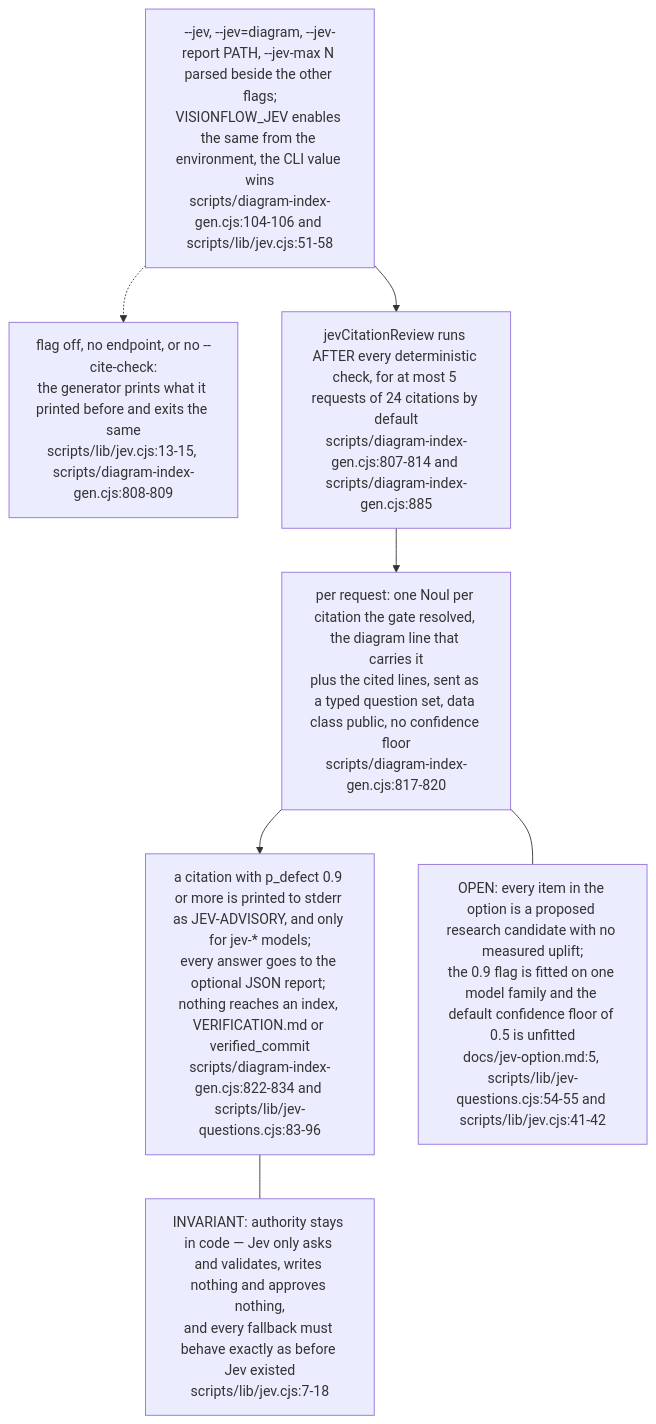
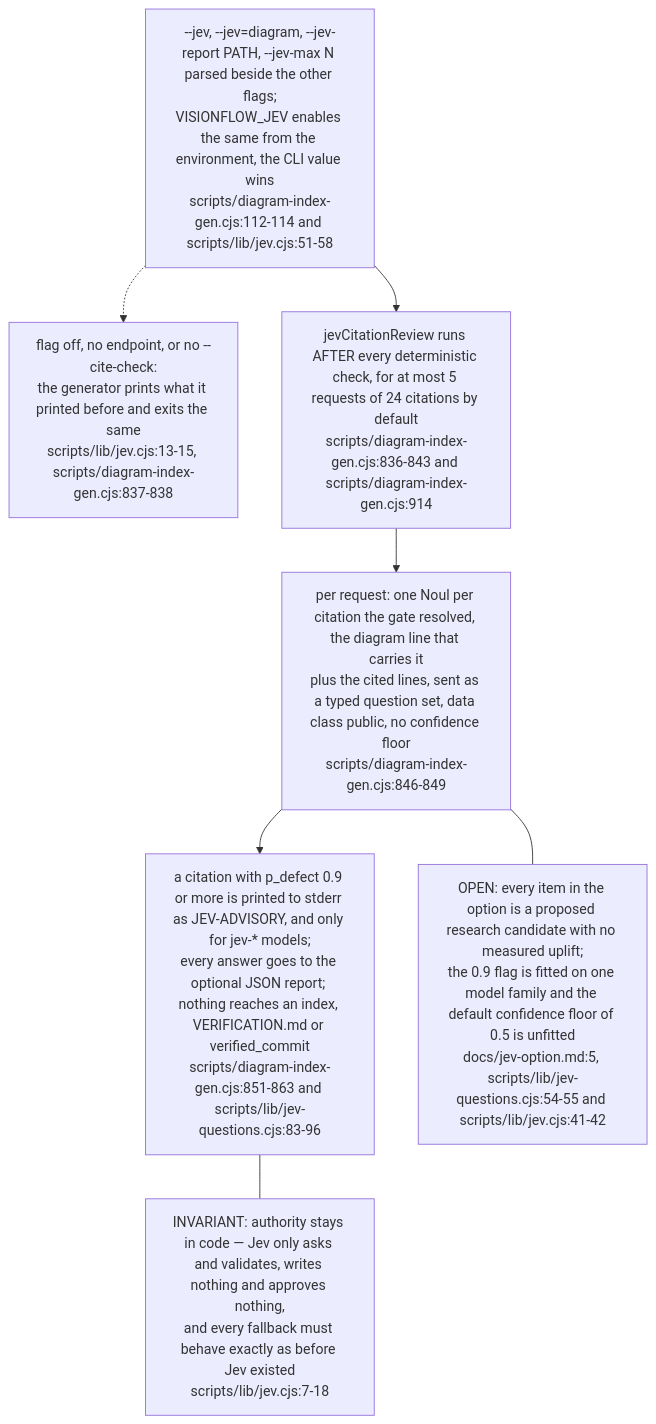
One commit to DreamLab-AI/VisionFlow changed diagram 15 of 15 in docs/diagrams/visionflow/06-diagram-tooling.md. Above: the diagram before and after it, drawn with Mermaid. The commit also changed other lines of this file and 49 other files, not shown here.

First line of the commit message:
docs(diagrams): re-derive and re-stamp VisionClaw, estate, knowledge-graph, visionGraph, VisionFlow and sidestr topics

````diff
--- a/docs/diagrams/visionflow/06-diagram-tooling.md
+++ b/docs/diagrams/visionflow/06-diagram-tooling.md
@@ -496,14 +496,14 @@
 ```mermaid
 flowchart TB
-    FLAG["--jev, --jev=diagram, --jev-report PATH, --jev-max N parsed beside the other flags;<br/>VISIONFLOW_JEV enables the same from the environment, the CLI value wins<br/>scripts/diagram-index-gen.cjs:104-106 and scripts/lib/jev.cjs:51-58"]
-    OFF["flag off, no endpoint, or no --cite-check:<br/>the generator prints what it printed before and exits the same<br/>scripts/lib/jev.cjs:13-15, scripts/diagram-index-gen.cjs:808-809"]
-    RUN["jevCitationReview runs AFTER every deterministic check, for at most 5 requests of 24 citations by default<br/>scripts/diagram-index-gen.cjs:807-814 and scripts/diagram-index-gen.cjs:885"]
-    ASK["per request: one Noul per citation the gate resolved, the diagram line that carries it<br/>plus the cited lines, sent as a typed question set, data class public, no confidence floor<br/>scripts/diagram-index-gen.cjs:817-820"]
-    OUT["a citation with p_defect 0.9 or more is printed to stderr as JEV-ADVISORY, and only for jev-* models;<br/>every answer goes to the optional JSON report; nothing reaches an index, VERIFICATION.md or verified_commit<br/>scripts/diagram-index-gen.cjs:822-834 and scripts/lib/jev-questions.cjs:83-96"]
+    FLAG["--jev, --jev=diagram, --jev-report PATH, --jev-max N parsed beside the other flags;<br/>VISIONFLOW_JEV enables the same from the environment, the CLI value wins<br/>scripts/diagram-index-gen.cjs:112-114 and scripts/lib/jev.cjs:51-58"]
+    OFF["flag off, no endpoint, or no --cite-check:<br/>the generator prints what it printed before and exits the same<br/>scripts/lib/jev.cjs:13-15, scripts/diagram-index-gen.cjs:837-838"]
+    RUN["jevCitationReview runs AFTER every deterministic check, for at most 5 requests of 24 citations by default<br/>scripts/diagram-index-gen.cjs:836-843 and scripts/diagram-index-gen.cjs:914"]
+    ASK["per request: one Noul per citation the gate resolved, the diagram line that carries it<br/>plus the cited lines, sent as a typed question set, data class public, no confidence floor<br/>scripts/diagram-index-gen.cjs:846-849"]
+    OUT["a citation with p_defect 0.9 or more is printed to stderr as JEV-ADVISORY, and only for jev-* models;<br/>every answer goes to the optional JSON report; nothing reaches an index, VERIFICATION.md or verified_commit<br/>scripts/diagram-index-gen.cjs:851-863 and scripts/lib/jev-questions.cjs:83-96"]
     FLAG --> RUN --> ASK --> OUT
     FLAG -.-> OFF
     N1["INVARIANT: authority stays in code — Jev only asks and validates, writes nothing and approves nothing,<br/>and every fallback must behave exactly as before Jev existed<br/>scripts/lib/jev.cjs:7-18"]
     N2["OPEN: every item in the option is a proposed research candidate with no measured uplift;<br/>the 0.9 flag is fitted on one model family and the default confidence floor of 0.5 is unfitted<br/>docs/jev-option.md:5, scripts/lib/jev-questions.cjs:54-55 and scripts/lib/jev.cjs:41-42"]
     OUT --- N1
     ASK --- N2
 ```
````
